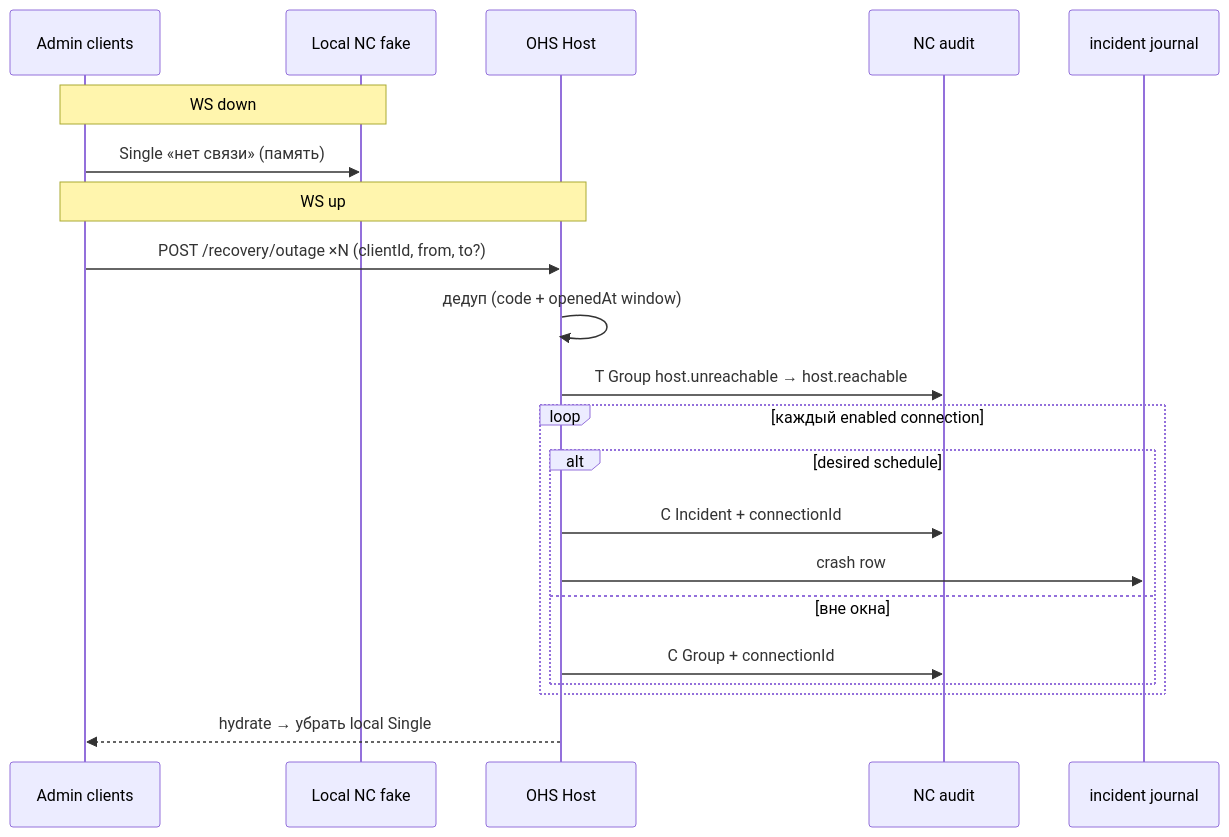
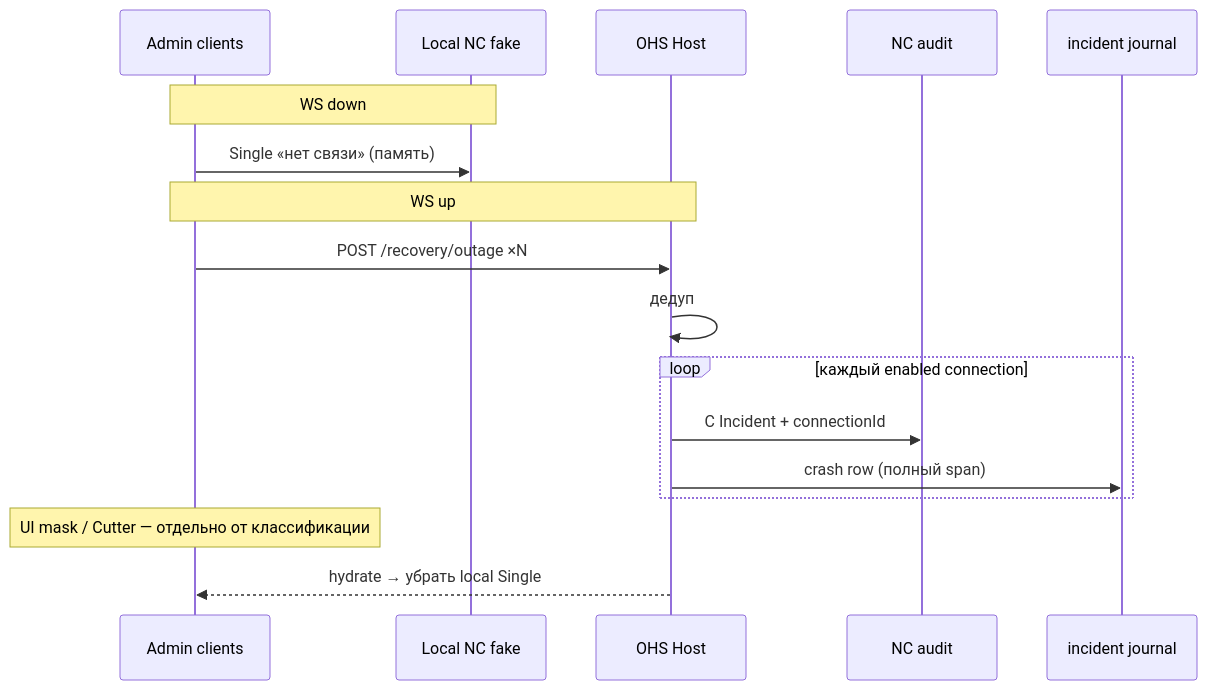
Before and after one commit to vbobroff-app/scinverse: the second of 2 diagrams in docs/wiki-readme/layers.md, drawn with Mermaid. The commit also changed other lines of this file and 7 other files, not shown here.

````diff
--- a/docs/wiki-readme/layers.md
+++ b/docs/wiki-readme/layers.md
@@ -128,24 +153,20 @@
 ```mermaid
 sequenceDiagram
   participant A as Admin clients
   participant L as Local NC fake
   participant H as OHS Host
   participant NC as NC audit
   participant J as incident journal
 
   Note over A,L: WS down
   A->>L: Single «нет связи» (память)
   Note over A,H: WS up
-  A->>H: POST /recovery/outage ×N (clientId, from, to?)
-  H->>H: дедуп (code + openedAt window)
-  H->>NC: T Group host.unreachable → host.reachable
+  A->>H: POST /recovery/outage ×N
+  H->>H: дедуп
   loop каждый enabled connection
-    alt desired schedule
-      H->>NC: C Incident + connectionId
-      H->>J: crash row
-    else вне окна
-      H->>NC: C Group + connectionId
-    end
+    H->>NC: C Incident + connectionId
+    H->>J: crash row (полный span)
   end
+  Note over A: UI mask / Cutter — отдельно от классификации
   H-->>A: hydrate → убрать local Single
 ```
````
